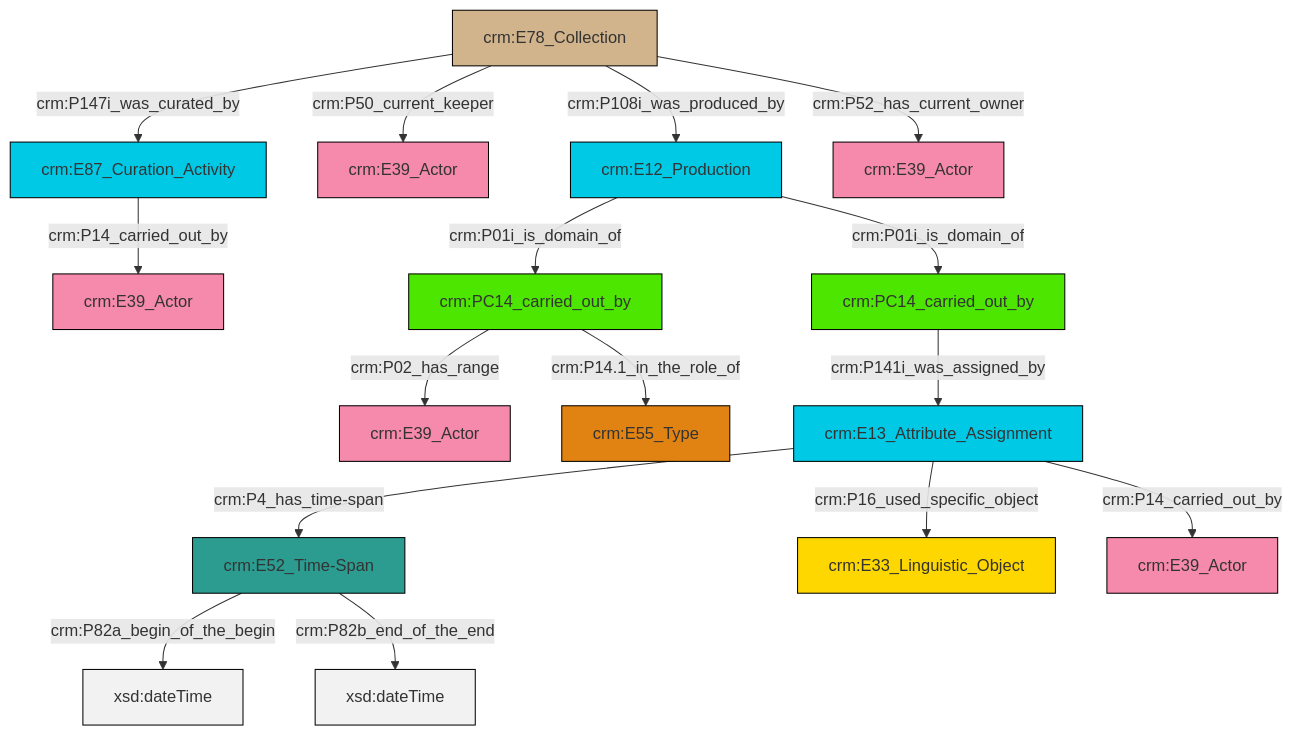
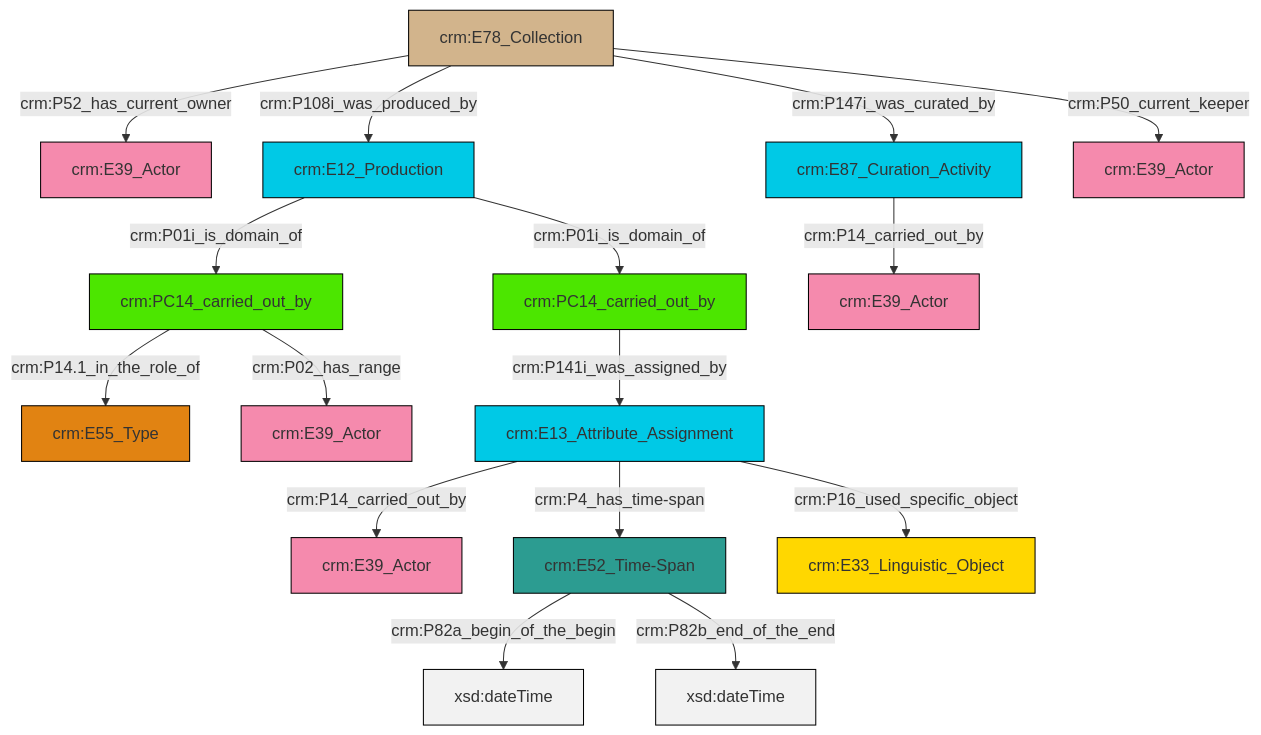
The diagram in et/archivalCSV/ttl/mmd/archival_relation.ttl.mmd (swiss-art-research-net/docs.swissartresearch), drawn with Mermaid before and after one commit. The commit also changed 175 other files, not shown here.

```diff
--- a/et/archivalCSV/ttl/mmd/archival_relation.ttl.mmd
+++ b/et/archivalCSV/ttl/mmd/archival_relation.ttl.mmd
@@ -1,30 +1,30 @@
 graph TD
 classDef Literal fill:#f2f2f2,stroke:#000000;
 classDef CRM_Entity fill:#FFFFFF,stroke:#000000;
 classDef Temporal_Entity fill:#00C9E6, stroke:#000000;
 classDef Type fill:#E18312, stroke:#000000;
 classDef Time-Span fill:#2C9C91, stroke:#000000;
 classDef Appellation fill:#FFEB7F, stroke:#000000;
 classDef Place fill:#008836, stroke:#000000;
 classDef Persistent_Item fill:#B266B2, stroke:#000000;
 classDef Conceptual_Object fill:#FFD700, stroke:#000000;
 classDef Physical_Thing fill:#D2B48C, stroke:#000000;
 classDef Actor fill:#f58aad, stroke:#000000;
 classDef PC_Classes fill:#4ce600, stroke:#000000;
 classDef Multi fill:#cccccc,stroke:#000000;
 
-0["crm:PC14_carried_out_by"]:::PC_Classes -->|crm:P02_has_range| 1["crm:E39_Actor"]:::Actor
-7["crm:E13_Attribute_Assignment"]:::Temporal_Entity -->|crm:P4_has_time-span| 8["crm:E52_Time-Span"]:::Time-Span
-9["crm:E78_Collection"]:::Physical_Thing -->|crm:P147i_was_curated_by| 10["crm:E87_Curation_Activity"]:::Temporal_Entity
-0["crm:PC14_carried_out_by"]:::PC_Classes -->|crm:P14.1_in_the_role_of| 11["crm:E55_Type"]:::Type
-12["crm:PC14_carried_out_by"]:::PC_Classes -->|crm:P141i_was_assigned_by| 7["crm:E13_Attribute_Assignment"]:::Temporal_Entity
-7["crm:E13_Attribute_Assignment"]:::Temporal_Entity -->|crm:P16_used_specific_object| 2["crm:E33_Linguistic_Object"]:::Conceptual_Object
-7["crm:E13_Attribute_Assignment"]:::Temporal_Entity -->|crm:P14_carried_out_by| 16["crm:E39_Actor"]:::Actor
-9["crm:E78_Collection"]:::Physical_Thing -->|crm:P50_current_keeper| 17["crm:E39_Actor"]:::Actor
-18["crm:E12_Production"]:::Temporal_Entity -->|crm:P01i_is_domain_of| 0["crm:PC14_carried_out_by"]:::PC_Classes
-8["crm:E52_Time-Span"]:::Time-Span -->|crm:P82a_begin_of_the_begin| 20[xsd:dateTime]:::Literal
-10["crm:E87_Curation_Activity"]:::Temporal_Entity -->|crm:P14_carried_out_by| 22["crm:E39_Actor"]:::Actor
-9["crm:E78_Collection"]:::Physical_Thing -->|crm:P108i_was_produced_by| 18["crm:E12_Production"]:::Temporal_Entity
-18["crm:E12_Production"]:::Temporal_Entity -->|crm:P01i_is_domain_of| 12["crm:PC14_carried_out_by"]:::PC_Classes
-8["crm:E52_Time-Span"]:::Time-Span -->|crm:P82b_end_of_the_end| 27[xsd:dateTime]:::Literal
-9["crm:E78_Collection"]:::Physical_Thing -->|crm:P52_has_current_owner| 5["crm:E39_Actor"]:::Actor
+4["crm:PC14_carried_out_by"]:::PC_Classes -->|crm:P14.1_in_the_role_of| 5["crm:E55_Type"]:::Type
+4["crm:PC14_carried_out_by"]:::PC_Classes -->|crm:P02_has_range| 8["crm:E39_Actor"]:::Actor
+10["crm:E78_Collection"]:::Physical_Thing -->|crm:P147i_was_curated_by| 6["crm:E87_Curation_Activity"]:::Temporal_Entity
+13["crm:E52_Time-Span"]:::Time-Span -->|crm:P82a_begin_of_the_begin| 14[xsd:dateTime]:::Literal
+6["crm:E87_Curation_Activity"]:::Temporal_Entity -->|crm:P14_carried_out_by| 15["crm:E39_Actor"]:::Actor
+16["crm:E13_Attribute_Assignment"]:::Temporal_Entity -->|crm:P16_used_specific_object| 18["crm:E33_Linguistic_Object"]:::Conceptual_Object
+19["crm:E12_Production"]:::Temporal_Entity -->|crm:P01i_is_domain_of| 4["crm:PC14_carried_out_by"]:::PC_Classes
+10["crm:E78_Collection"]:::Physical_Thing -->|crm:P50_current_keeper| 20["crm:E39_Actor"]:::Actor
+10["crm:E78_Collection"]:::Physical_Thing -->|crm:P52_has_current_owner| 0["crm:E39_Actor"]:::Actor
+16["crm:E13_Attribute_Assignment"]:::Temporal_Entity -->|crm:P4_has_time-span| 13["crm:E52_Time-Span"]:::Time-Span
+16["crm:E13_Attribute_Assignment"]:::Temporal_Entity -->|crm:P14_carried_out_by| 2["crm:E39_Actor"]:::Actor
+10["crm:E78_Collection"]:::Physical_Thing -->|crm:P108i_was_produced_by| 19["crm:E12_Production"]:::Temporal_Entity
+11["crm:PC14_carried_out_by"]:::PC_Classes -->|crm:P141i_was_assigned_by| 16["crm:E13_Attribute_Assignment"]:::Temporal_Entity
+13["crm:E52_Time-Span"]:::Time-Span -->|crm:P82b_end_of_the_end| 26[xsd:dateTime]:::Literal
+19["crm:E12_Production"]:::Temporal_Entity -->|crm:P01i_is_domain_of| 11["crm:PC14_carried_out_by"]:::PC_Classes
```
